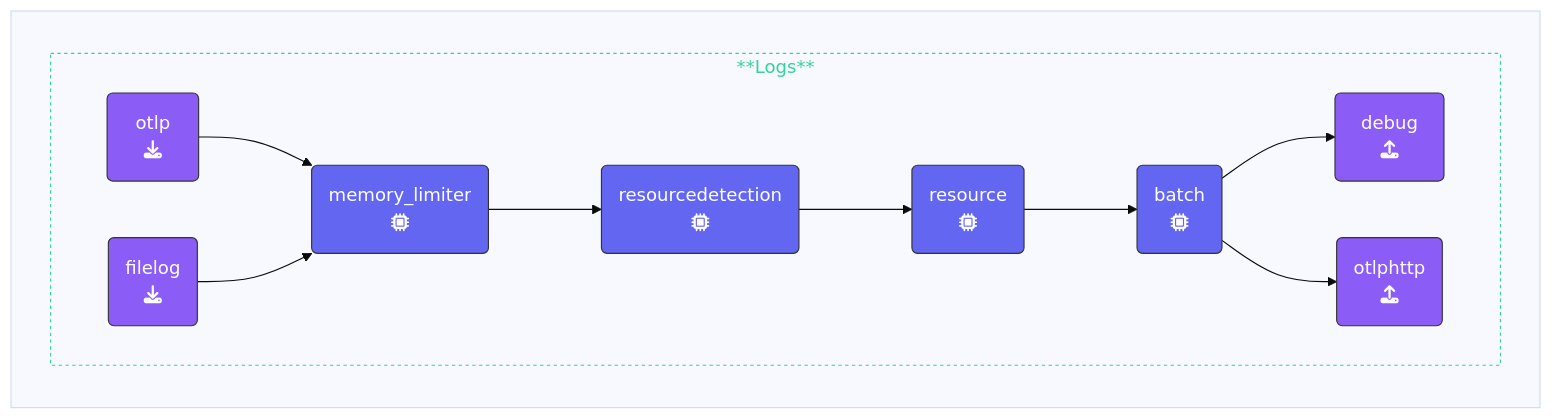
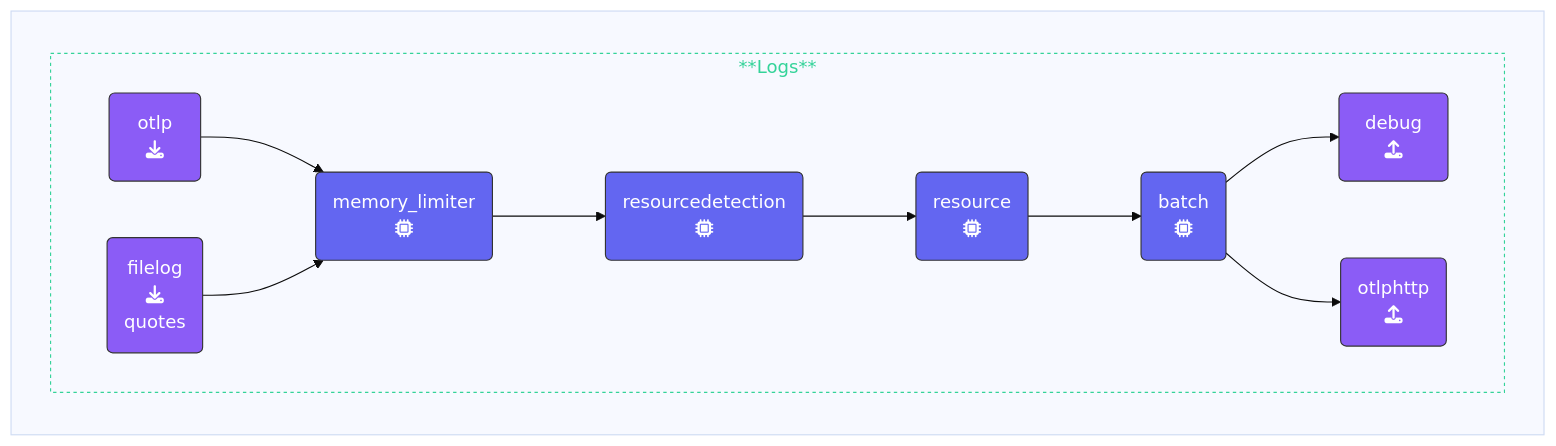
Before and after one commit to splunk/observability-workshop: the diagram in content/en/ninja-workshops/10-advanced-otel/3-filelog/3-1-filelog-configuration.md, drawn with Mermaid (base theme). The commit also changed 2 other files, not shown here.

Commit message:
file log checked

````diff
--- a/content/en/ninja-workshops/10-advanced-otel/3-filelog/3-1-filelog-configuration.md
+++ b/content/en/ninja-workshops/10-advanced-otel/3-filelog/3-1-filelog-configuration.md
@@ -29,31 +29,31 @@
 ```mermaid
 %%{init:{"fontFamily":"monospace"}}%%
 graph LR
     %% Nodes
       REC1(&nbsp;&nbsp;otlp&nbsp;&nbsp;<br>fa:fa-download):::receiver
-      REC2(filelog<br>fa:fa-download):::receiver
+      REC2(filelog<br>fa:fa-download<br>quotes):::receiver
       PRO1(memory_limiter<br>fa:fa-microchip):::processor
       PRO2(resourcedetection<br>fa:fa-microchip):::processor
       PRO3(resource<br>fa:fa-microchip):::processor
       PRO4(batch<br>fa:fa-microchip):::processor
       EXP1(&ensp;debug&ensp;<br>fa:fa-upload):::exporter
       EXP2(otlphttp<br>fa:fa-upload):::exporter
     %% Links
     subID1:::sub-logs
     subgraph " "
       subgraph subID1[**Logs**]
       direction LR
       REC1 --> PRO1
       REC2 --> PRO1
       PRO1 --> PRO2
       PRO2 --> PRO3
       PRO3 --> PRO4
       PRO4 --> EXP1
       PRO4 --> EXP2
       end
     end
 classDef receiver,exporter fill:#8b5cf6,stroke:#333,stroke-width:1px,color:#fff;
 classDef processor fill:#6366f1,stroke:#333,stroke-width:1px,color:#fff;
 classDef con-receive,con-export fill:#45c175,stroke:#333,stroke-width:1px,color:#fff;
 classDef sub-logs stroke:#34d399,stroke-width:1px, color:#34d399,stroke-dasharray: 3 3;
 ```
````
